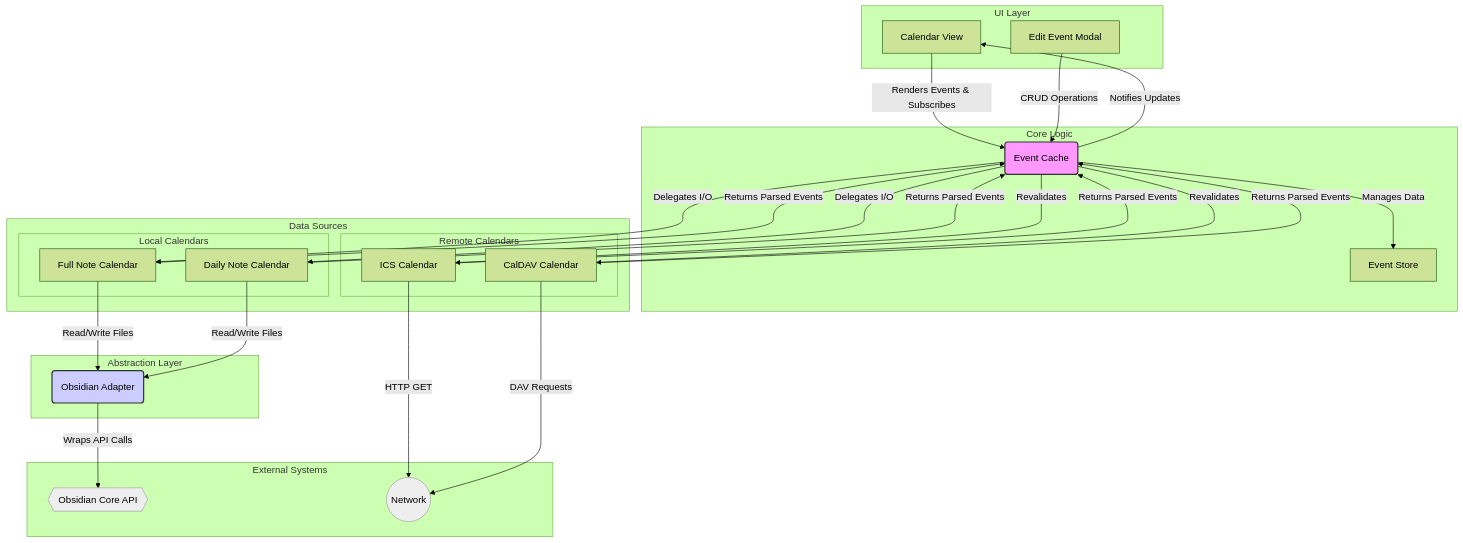
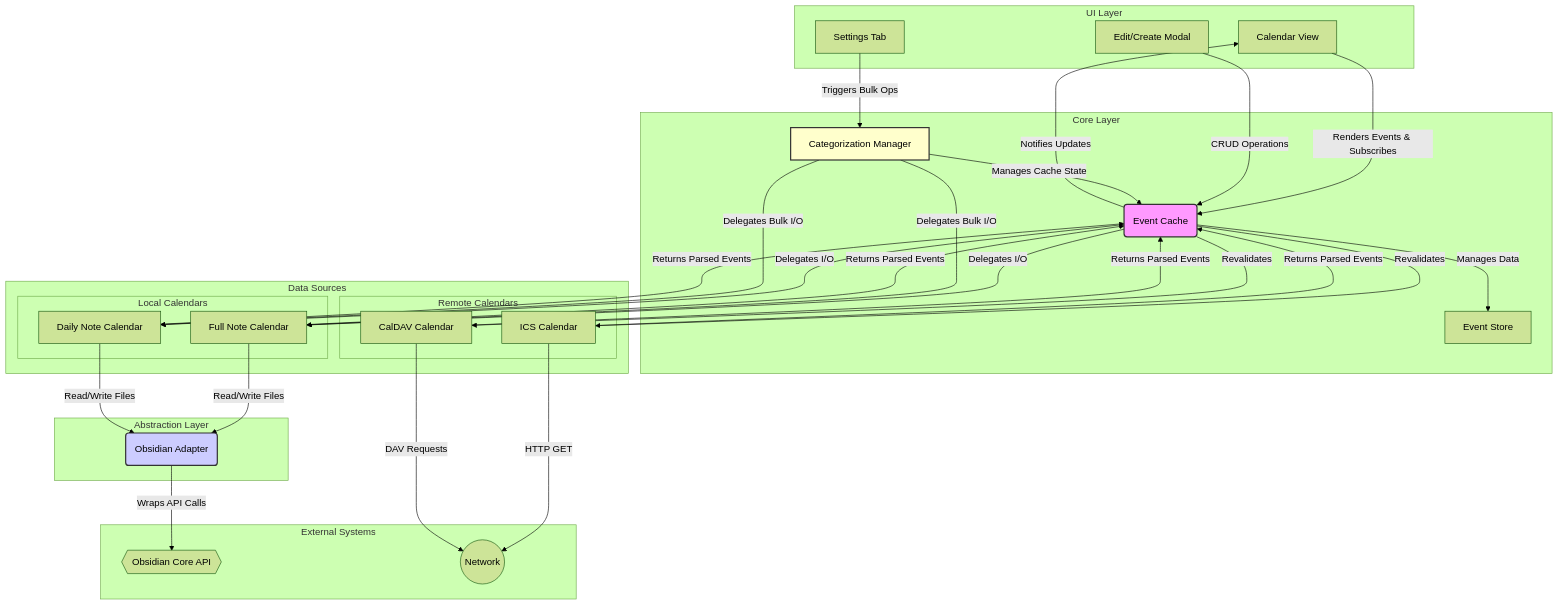
The diagram in src/README.md (corgidevelopment/obsidian-full-calendar-ng), drawn with Mermaid (forest theme) before and after one commit. The commit also changed other lines of this file and 16 other files, not shown here.

````diff
--- a/src/README.md
+++ b/src/README.md
@@ -94,67 +97,63 @@
 ```mermaid
 graph TD
     %% Define Subgraphs for Clear Grouping
     subgraph UI Layer
         A[Calendar View]
-        B[Edit Event Modal]
+        B[Edit/Create Modal]
+        S[Settings Tab]
     end
 
-    subgraph Core Logic
+    subgraph Core Layer
         C(Event Cache)
         D[Event Store]
+        CM[Categorization Manager]
     end
 
     subgraph Data Sources
         subgraph Local Calendars
             E[Full Note Calendar]
             F[Daily Note Calendar]
         end
         subgraph Remote Calendars
             G[ICS Calendar]
             H[CalDAV Calendar]
         end
     end
 
     subgraph Abstraction Layer
         I(Obsidian Adapter)
     end
 
     subgraph External Systems
         J{{Obsidian Core API}}
         K((Network))
     end
 
-    %% Connections - UI Layer
+    %% Connections
     A -- "Renders Events & Subscribes" --> C
     B -- "CRUD Operations" --> C
+    S -- "Triggers Bulk Ops" --> CM
 
-    %% Connections - Core Logic
     C -- "Notifies Updates" --> A
     C -- "Manages Data" --> D
 
-    %% Connections - Core Logic to Data Sources
-    C -- "Delegates I/O" --> E
-    C -- "Delegates I/O" --> F
-    C -- "Revalidates" --> G
-    C -- "Revalidates" --> H
+    C -- "Delegates I/O" --> E & F
+    C -- "Revalidates" --> G & H
+    
+    CM -- "Delegates Bulk I/O" --> E & F
+    CM -- "Manages Cache State" --> C
 
-    %% Connections - Data Sources to Core
-    E -- "Returns Parsed Events" --> C
-    F -- "Returns Parsed Events" --> C
-    G -- "Returns Parsed Events" --> C
-    H -- "Returns Parsed Events" --> C
+    E & F -- "Returns Parsed Events" --> C
+    G & H -- "Returns Parsed Events" --> C
 
-    %% Connections - Data Sources to External
     E & F -- "Read/Write Files" --> I
     G -- "HTTP GET" --> K
     H -- "DAV Requests" --> K
 
-    %% Connections - Abstraction Layer
     I -- "Wraps API Calls" --> J
 
-    %% Styling for Visual Emphasis
+    %% Styling
     style C fill:#f9f,stroke:#333,stroke-width:2px,color:#000
+    style CM fill:#ffc,stroke:#333,stroke-width:2px,color:#000
     style I fill:#ccf,stroke:#333,stroke-width:2px,color:#000
-    style J fill:#eee,stroke:#999,stroke-width:1px,color:#000
-    style K fill:#eee,stroke:#999,stroke-width:1px,color:#000
 ```
````
